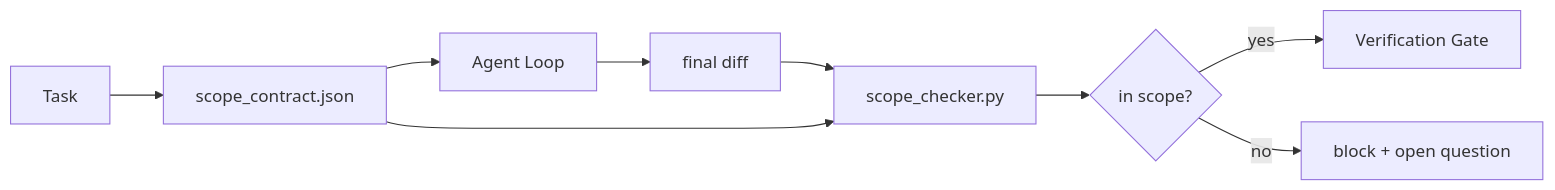
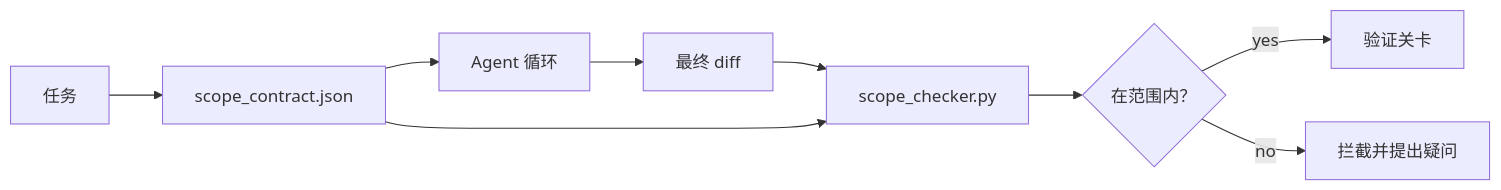
Before and after one commit to JerryC8080/ai-engineering-from-scratch-zh: the diagram in phases/14-agent-engineering/36-scope-contracts/docs/zh.md, drawn with Mermaid. The commit also changed 156 other files, not shown here.

First line of the commit message:
i18n(zh): translate mermaid diagram labels in 157 lesson zh.md

````diff
--- a/phases/14-agent-engineering/36-scope-contracts/docs/zh.md
+++ b/phases/14-agent-engineering/36-scope-contracts/docs/zh.md
@@ -27,11 +27,11 @@
 ```mermaid
 flowchart LR
-  Task[Task] --> Contract[scope_contract.json]
-  Contract --> Agent[Agent Loop]
-  Agent --> Diff[final diff]
+  Task[任务] --> Contract[scope_contract.json]
+  Contract --> Agent[Agent 循环]
+  Agent --> Diff[最终 diff]
   Diff --> Checker[scope_checker.py]
   Contract --> Checker
-  Checker --> Verdict{in scope?}
-  Verdict -- yes --> Verify[Verification Gate]
-  Verdict -- no --> Block[block + open question]
+  Checker --> Verdict{在范围内？}
+  Verdict -- yes --> Verify[验证关卡]
+  Verdict -- no --> Block[拦截并提出疑问]
 ```
````
